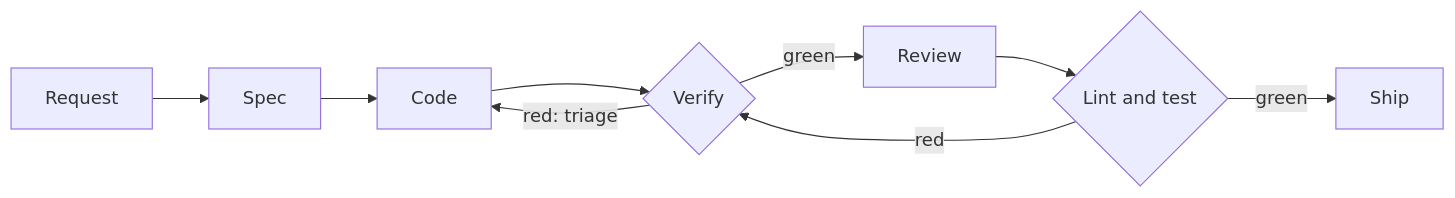
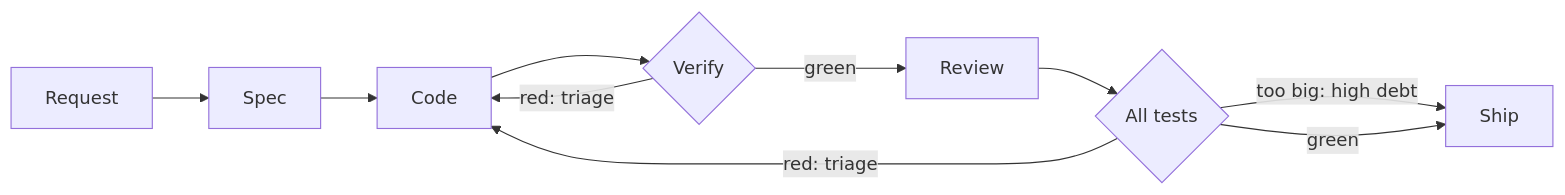
The diagram in docs/engineering/features.md (AIDDbot/AIDDbot), drawn with Mermaid before and after one commit. The commit also changed other lines of this file and 9 other files, not shown here.

````diff
--- a/docs/engineering/features.md
+++ b/docs/engineering/features.md
@@ -5,8 +5,9 @@
 ```mermaid
 flowchart LR
     Q[Request] --> S[Spec] --> C[Code] --> V{Verify}
     V -->|red: triage| C
-    V -->|green| RV[Review] --> RG{Lint and test}
-    RG -->|red| V
+    V -->|green| RV[Review] --> RG{All tests}
+    RG -->|red: triage| C
+    RG -->|too big: high debt| SH
     RG -->|green| SH[Ship]
 ```
````
